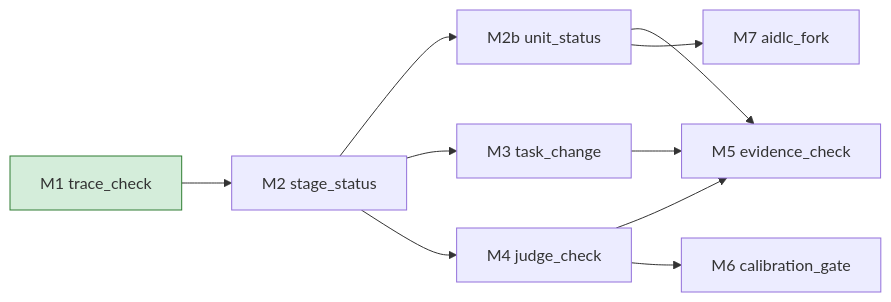
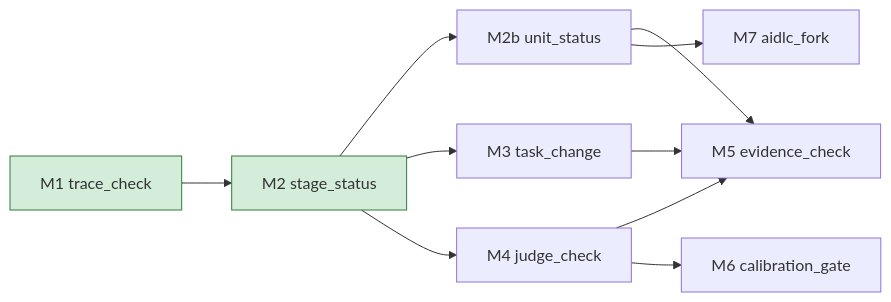
Before and after one commit to nullrul/earnest: the diagram in docs/design/03-implementation-plan.md, drawn with Mermaid. The commit also changed other lines of this file, not shown here.

Commit message:
docs: mark M2 done on the milestone DAG

````diff
--- a/docs/design/03-implementation-plan.md
+++ b/docs/design/03-implementation-plan.md
@@ -15,14 +15,14 @@
 ```mermaid
 flowchart LR
   M1["M1 trace_check"] --> M2["M2 stage_status"]
   M2 --> M2b["M2b unit_status"]
   M2 --> M3["M3 task_change"]
   M2 --> M4["M4 judge_check"]
   M2b --> M5["M5 evidence_check"]
   M2b --> M7["M7 aidlc_fork"]
   M3 --> M5
   M4 --> M5
   M4 --> M6["M6 calibration_gate"]
   classDef done fill:#d4edda,stroke:#2e7d32
-  class M1 done
+  class M1,M2 done
 ```
````
